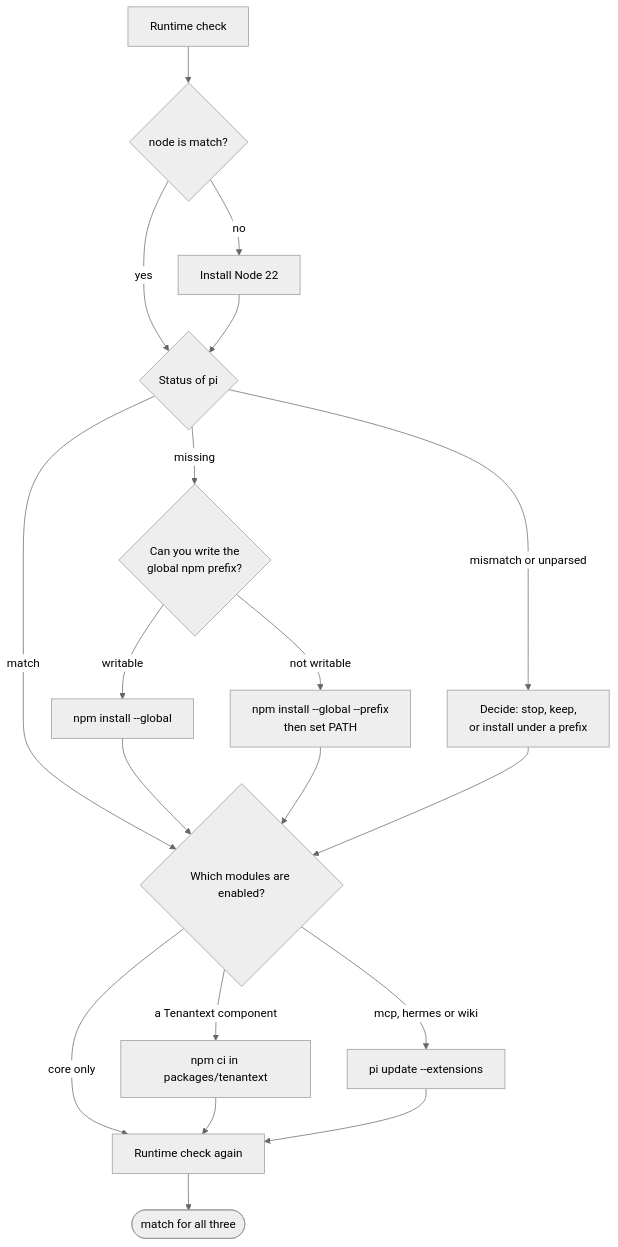
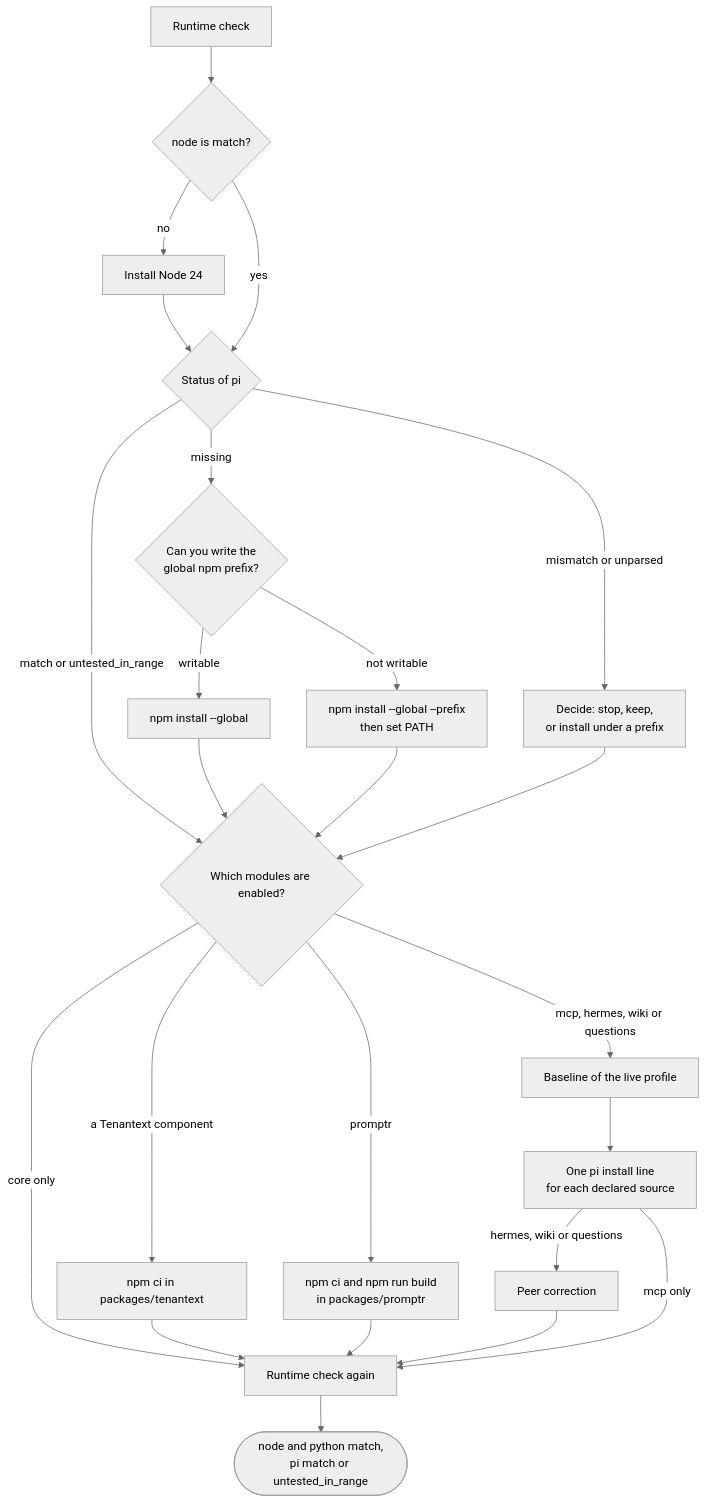
Before and after one commit to ryg40/tenant-docs: the diagram in src/content/docs/tenant-pi/install/stage-6-install-the-dependencies.mdx, drawn with Mermaid (neutral theme). The commit also changed other lines of this file and 195 other files, not shown here.

````diff
--- a/src/content/docs/tenant-pi/install/stage-6-install-the-dependencies.mdx
+++ b/src/content/docs/tenant-pi/install/stage-6-install-the-dependencies.mdx
@@ -26,21 +26,26 @@
 ```mermaid
 flowchart TD
     check["Runtime check"] --> node{"node is match?"}
-    node -->|"no"| installNode["Install Node 22"]
+    node -->|"no"| installNode["Install Node 24"]
     node -->|"yes"| pi{"Status of pi"}
     installNode --> pi
-    pi -->|"match"| modules{"Which modules are enabled?"}
+    pi -->|"match or untested_in_range"| modules{"Which modules are enabled?"}
     pi -->|"missing"| prefix{"Can you write the<br/>global npm prefix?"}
     pi -->|"mismatch or unparsed"| decide["Decide: stop, keep,<br/>or install under a prefix"]
     prefix -->|"writable"| global["npm install --global"]
     prefix -->|"not writable"| user["npm install --global --prefix<br/>then set PATH"]
     global --> modules
     user --> modules
     decide --> modules
     modules -->|"core only"| again["Runtime check again"]
     modules -->|"a Tenantext component"| npmci["npm ci in packages/tenantext"]
-    modules -->|"mcp, hermes or wiki"| update["pi update --extensions"]
+    modules -->|"promptr"| promptr["npm ci and npm run build<br/>in packages/promptr"]
+    modules -->|"mcp, hermes, wiki or questions"| baseline["Baseline of the live profile"]
+    baseline --> install["One pi install line<br/>for each declared source"]
+    install -->|"hermes, wiki or questions"| peers["Peer correction"]
+    install -->|"mcp only"| again
     npmci --> again
-    update --> again
-    again --> done(["match for all three"])
+    promptr --> again
+    peers --> again
+    again --> done(["node and python match,<br/>pi match or untested_in_range"])
 ```
````
